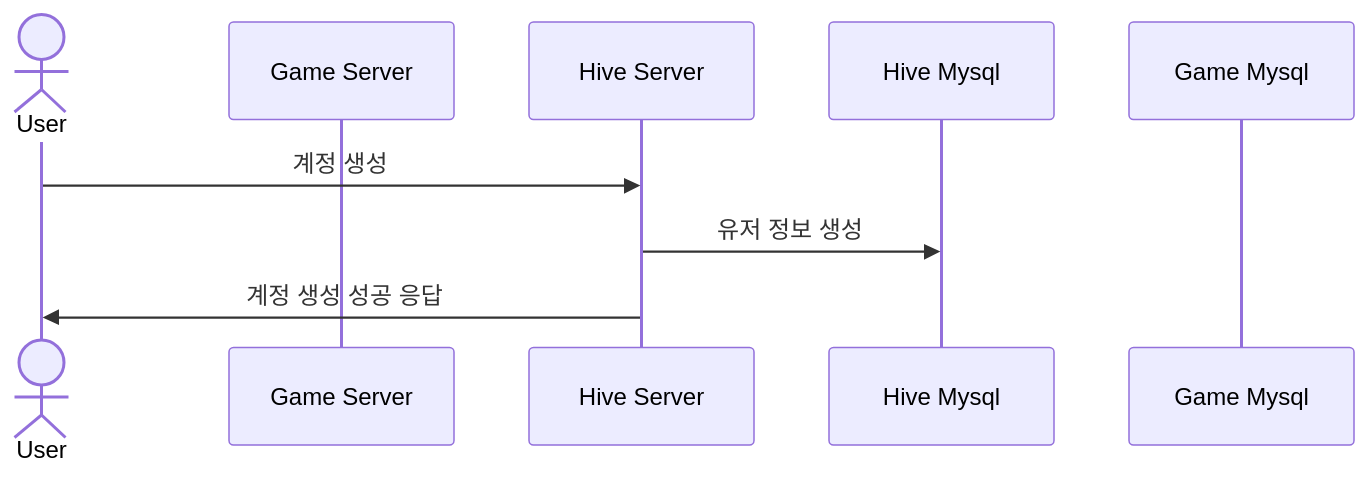
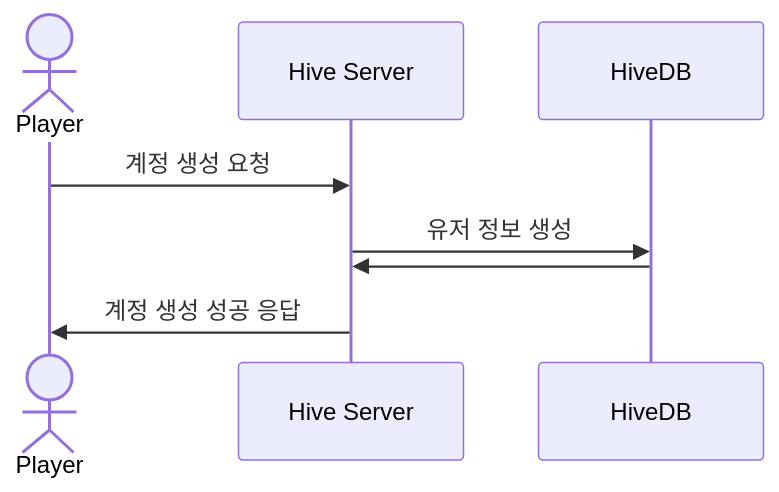
Before and after one commit to yujinS0/Omok-Game: the first of 2 diagrams in SequenceDiagram/Register-Login.md, drawn with Mermaid. The commit also changed other lines of this file, not shown here.

````diff
--- a/SequenceDiagram/Register-Login.md
+++ b/SequenceDiagram/Register-Login.md
@@ -4,12 +4,11 @@
 ```mermaid
 sequenceDiagram
-	actor User
-	participant Game Server
-	participant Hive Server
-	participant Hive Mysql
-  participant Game Mysql
+	actor P as Player
+	participant H as Hive Server
+	participant HD as HiveDB
 
-	User ->> Hive Server: 계정 생성
-	Hive Server ->> Hive Mysql : 유저 정보 생성
-  Hive Server ->> User: 계정 생성 성공 응답
+	P ->> H: 계정 생성 요청
+	H ->> HD : 유저 정보 생성
+	HD ->> H : 
+  	H ->> P: 계정 생성 성공 응답
 ```
````
